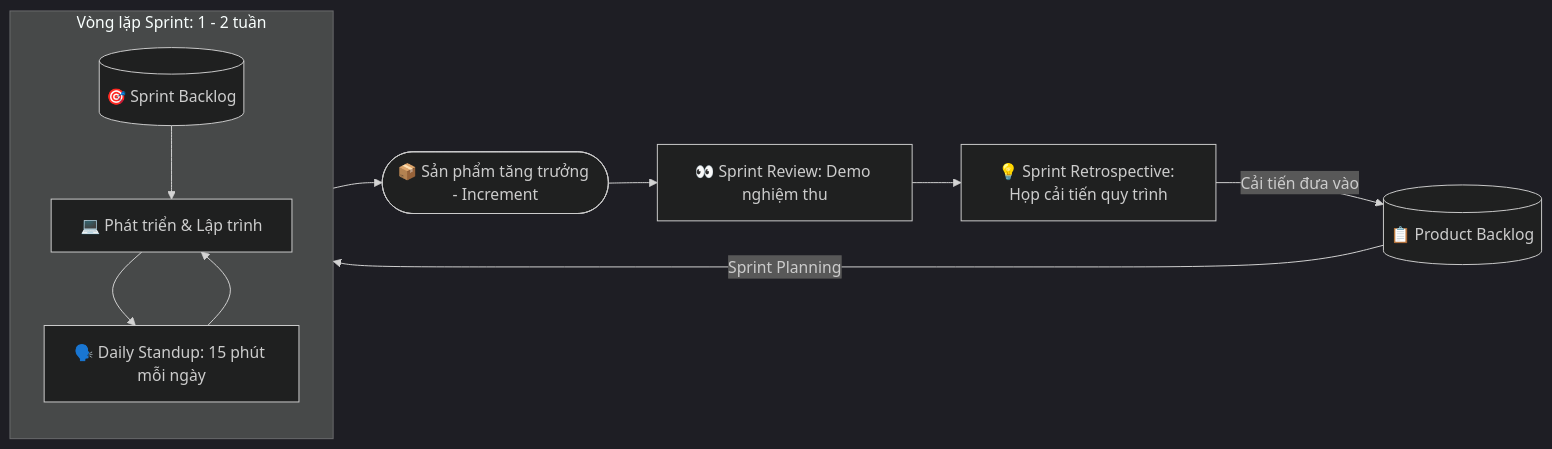
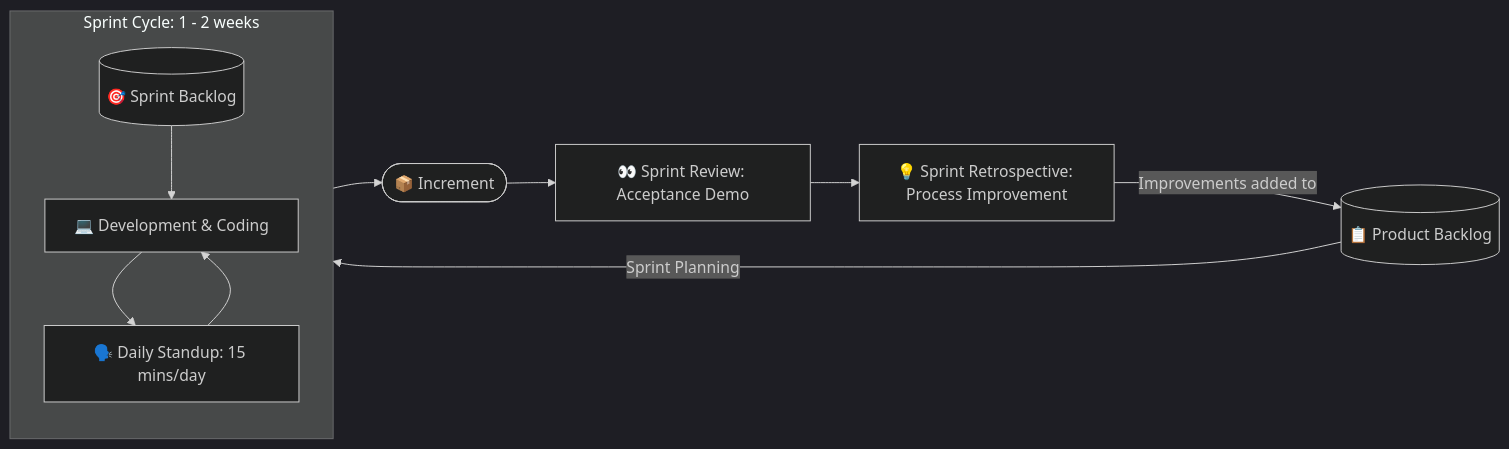
The third of 3 diagrams in README.md (vuthang692005/ts-learning), drawn with Mermaid (dark theme) before and after one commit. The commit also changed other lines of this file, not shown here.

````diff
--- a/README.md
+++ b/README.md
@@ -200,17 +196,17 @@
 ```mermaid
 flowchart LR
     PB[(📋 Product Backlog)] -->|Sprint Planning| SB[(🎯 Sprint Backlog)]
 
-    subgraph SprintCycle [Vòng lặp Sprint: 1 - 2 tuần]
+    subgraph SprintCycle [Sprint Cycle: 1 - 2 weeks]
         direction TB
-        SB --> Dev[💻 Phát triển & Lập trình]
-        Dev --> Daily[🗣️ Daily Standup: 15 phút mỗi ngày]
+        SB --> Dev[💻 Development & Coding]
+        Dev --> Daily[🗣️ Daily Standup: 15 mins/day]
         Daily --> Dev
     end
 
-    Dev --> Inc([📦 Sản phẩm tăng trưởng - Increment])
+    Dev --> Inc([📦 Increment])
 
-    Inc --> Review[👀 Sprint Review: Demo nghiệm thu]
-    Review --> Retro[💡 Sprint Retrospective: Họp cải tiến quy trình]
-    Retro -->|Cải tiến đưa vào| PB
+    Inc --> Review[👀 Sprint Review: Acceptance Demo]
+    Review --> Retro[💡 Sprint Retrospective: Process Improvement]
+    Retro -->|Improvements added to| PB
 ```
````
